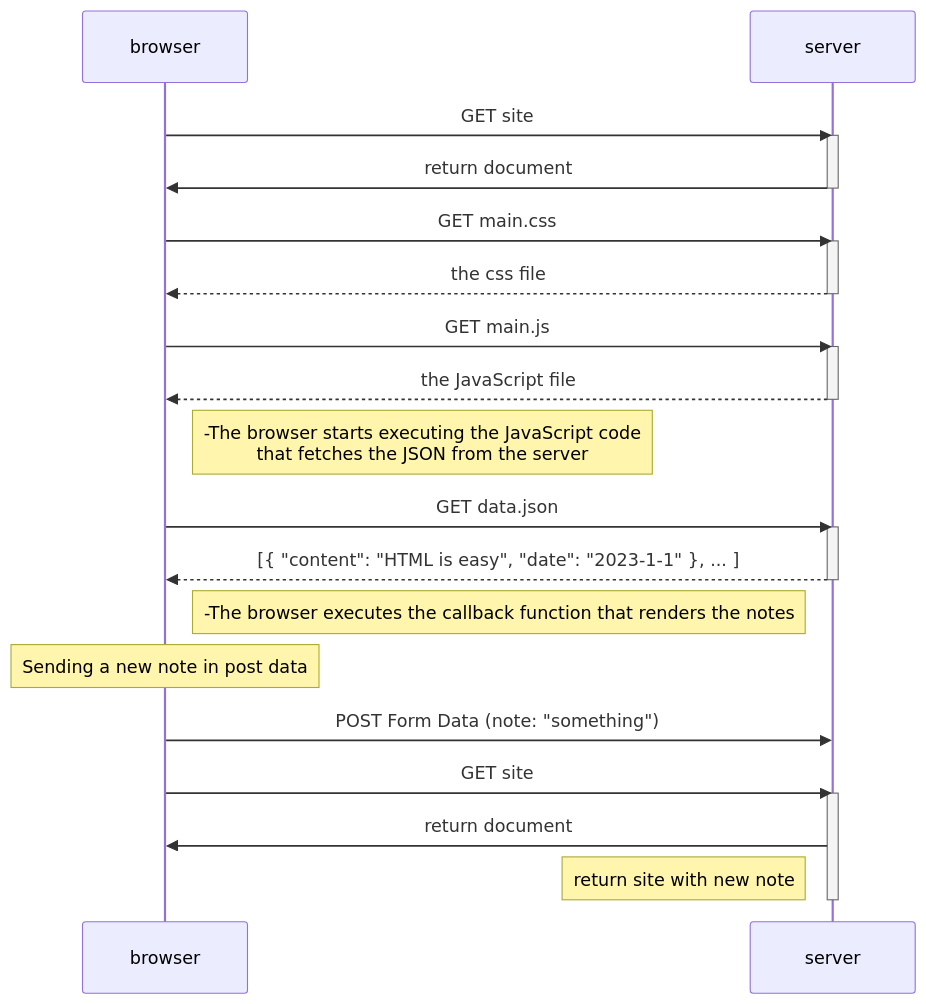
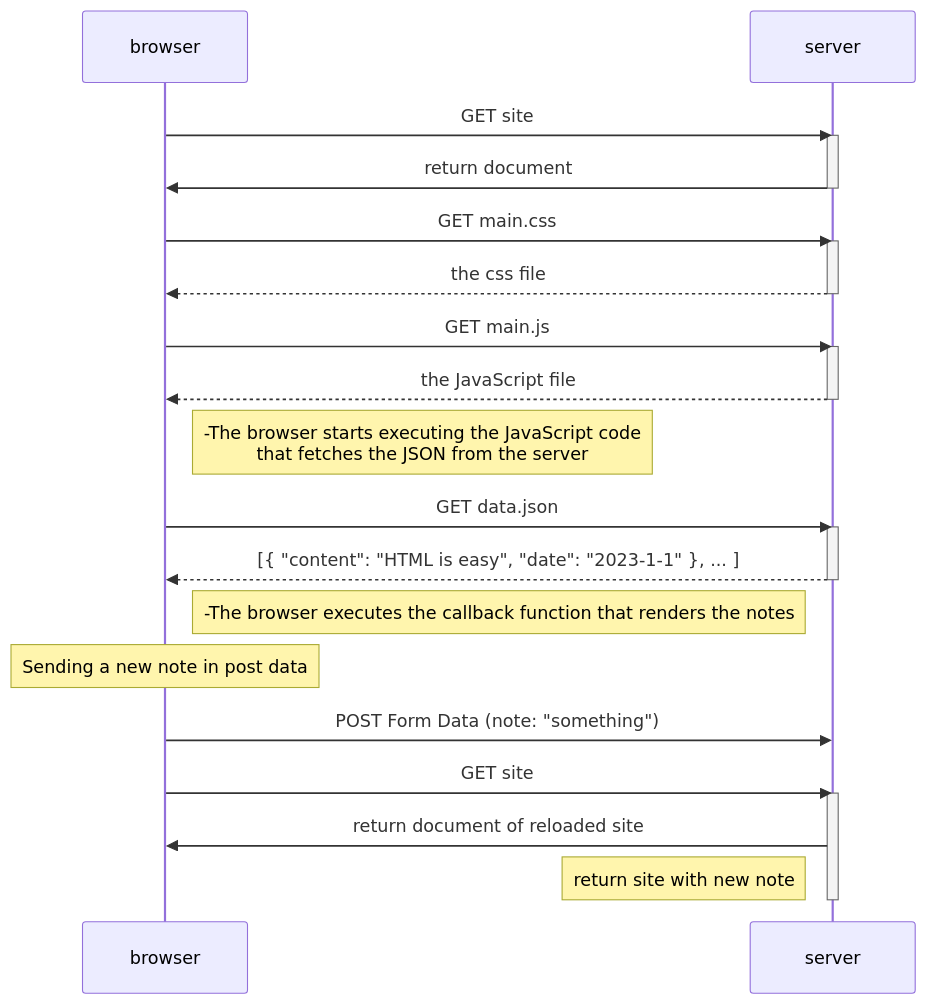
Before and after one commit to PatrickJaloScott/FullstackWebcourse: the diagram in part0/notes_loading_diagram.md, drawn with Mermaid. The commit also changed 1 other file, not shown here.

Commit message:
Part 0 completed
* clarifies first diagram
+ adds markdown file with diagrams for Single Page App

````diff
--- a/part0/notes_loading_diagram.md
+++ b/part0/notes_loading_diagram.md
@@ -1,37 +1,37 @@
 ```mermaid
 sequenceDiagram
     participant browser
     participant server
     
     browser->>server: GET site
     activate server
     server->>browser: return document
     deactivate server
 
     browser->>server: GET main.css
     activate server
     server-->>browser: the css file
     deactivate server
 
     browser->>server: GET main.js
     activate server
     server-->>browser: the JavaScript file
     deactivate server
 
     Note right of browser: -The browser starts executing the JavaScript code<br>that fetches the JSON from the server
 
     browser->>server: GET data.json
     activate server
     server-->>browser: [{ "content": "HTML is easy", "date": "2023-1-1" }, ... ]
     deactivate server
 
     Note right of browser: -The browser executes the callback function that renders the notes
     
     Note over browser: Sending a new note in post data
     browser ->> server: POST Form Data (note: "something")
     browser ->> server: GET site
     activate server
-    server ->> browser: return document
+    server ->> browser: return document of reloaded site
     Note left of server: return site with new note
     deactivate server
 ```
````
